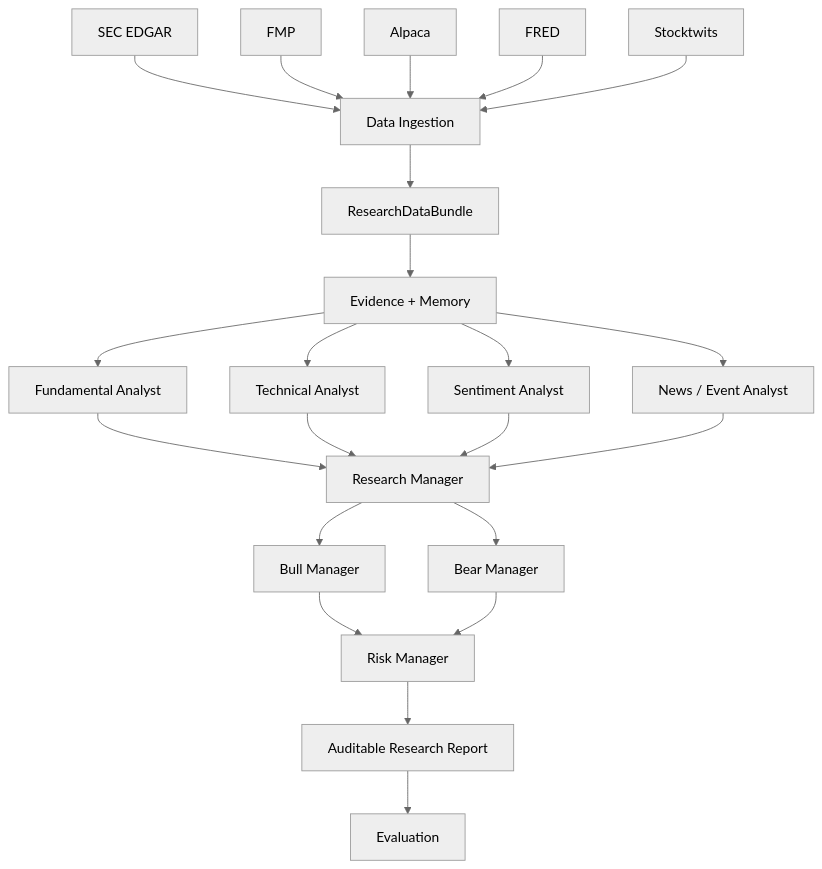
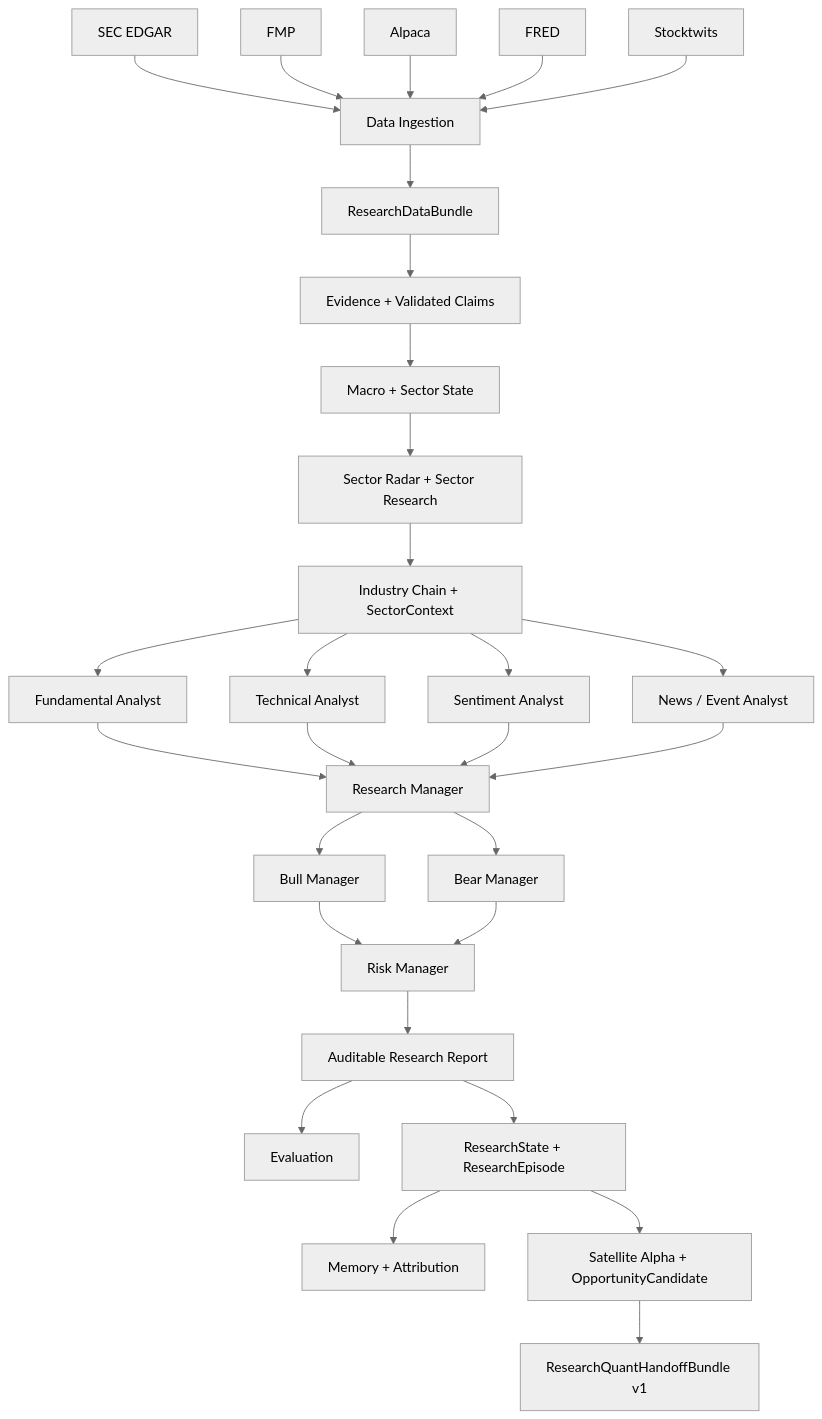
Before and after one commit to Harry-Liang-dev/deepinsight: the diagram in README.md, drawn with Mermaid (neutral theme). The commit also changed other lines of this file and 160 other files, not shown here.

````diff
--- a/README.md
+++ b/README.md
@@ -26,24 +34,31 @@
 ```mermaid
 flowchart TD
     S[SEC EDGAR] --> D[Data Ingestion]
     F[FMP] --> D
     A[Alpaca] --> D
     R[FRED] --> D
     T[Stocktwits] --> D
     D --> B[ResearchDataBundle]
-    B --> E[Evidence + Memory]
-    E --> FA[Fundamental Analyst]
-    E --> TA[Technical Analyst]
-    E --> SA[Sentiment Analyst]
-    E --> NA[News / Event Analyst]
+    B --> E[Evidence + Validated Claims]
+    E --> MS[Macro + Sector State]
+    MS --> RD[Sector Radar + Sector Research]
+    RD --> IC[Industry Chain + SectorContext]
+    IC --> FA[Fundamental Analyst]
+    IC --> TA[Technical Analyst]
+    IC --> SA[Sentiment Analyst]
+    IC --> NA[News / Event Analyst]
     FA --> RM[Research Manager]
     TA --> RM
     SA --> RM
     NA --> RM
     RM --> BU[Bull Manager]
     RM --> BE[Bear Manager]
     BU --> RI[Risk Manager]
     BE --> RI
     RI --> RP[Auditable Research Report]
     RP --> EV[Evaluation]
+    RP --> RS[ResearchState + ResearchEpisode]
+    RS --> MA[Memory + Attribution]
+    RS --> SAT[Satellite Alpha + OpportunityCandidate]
+    SAT --> HQ[ResearchQuantHandoffBundle v1]
 ```
````
